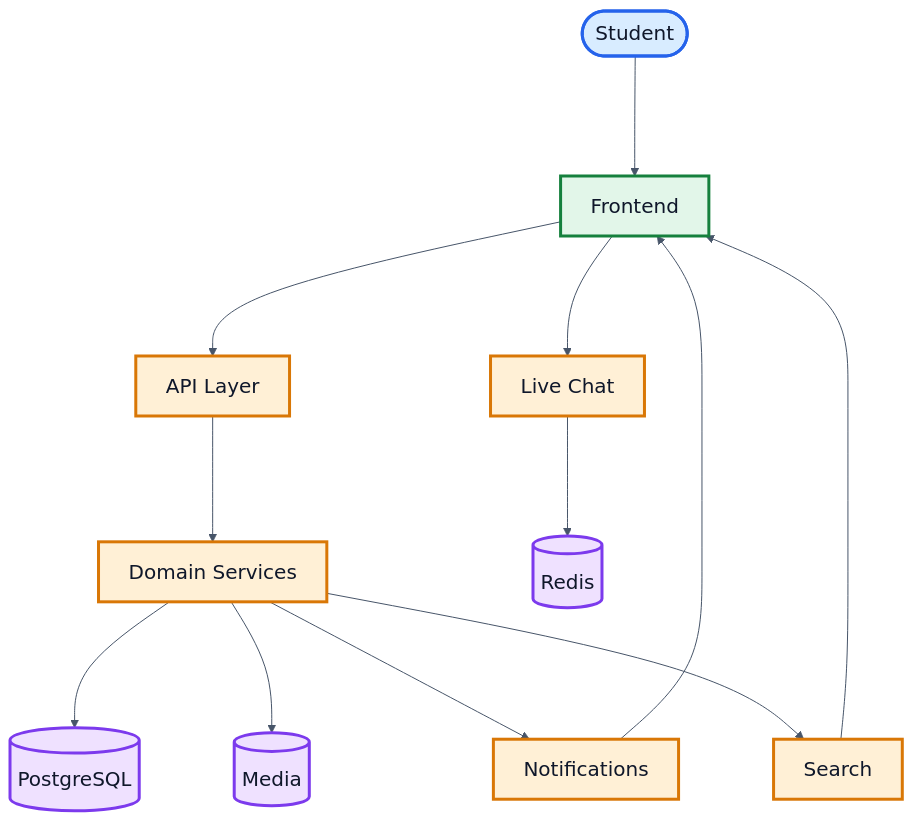
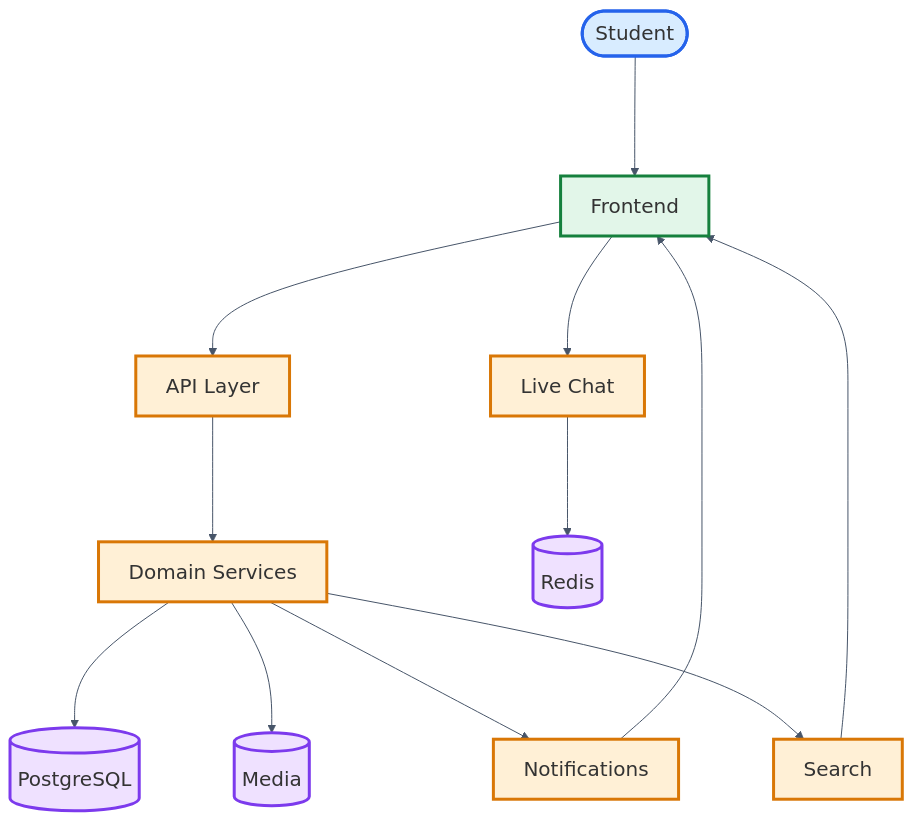
The first of 3 diagrams in README.md (asef69/Core-BUETian--Your-BUETian-Social-Media-App), drawn with Mermaid before and after one commit. The commit also changed other lines of this file, not shown here.

Commit message:
final code push from Asef,may Allah grant us reward for the hardwork we have done for the past 3 months for the project

````diff
--- a/README.md
+++ b/README.md
@@ -32,25 +32,25 @@
 ```mermaid
-%%{init: {'theme':'base', 'flowchart': {'curve': 'basis', 'nodeSpacing': 95, 'rankSpacing': 120}, 'themeVariables': { 'fontFamily': 'Segoe UI, Inter, sans-serif', 'fontSize': '20px', 'primaryTextColor': '#0F172A', 'textColor': '#0F172A', 'lineColor': '#475569', 'background': '#ffffff' }}}%%
+%%{init: {'theme':'base', 'flowchart': {'curve': 'basis', 'nodeSpacing': 95, 'rankSpacing': 120}, 'themeVariables': { 'fontFamily': 'Segoe UI, Inter, sans-serif', 'fontSize': '20px', 'lineColor': '#475569', 'background': 'transparent' }}}%%
 flowchart TD
     U([Student]) --> FE[Frontend]
     FE --> API[API Layer]
     FE --> WS[Live Chat]
     API --> SRV[Domain Services]
     SRV --> DB[(PostgreSQL)]
     WS --> REDIS[(Redis)]
     SRV --> MEDIA[(Media)]
     SRV --> NOTIF[Notifications]
     SRV --> SEARCH[Search]
     NOTIF --> FE
     SEARCH --> FE
 
-    classDef user fill:#D8ECFF,stroke:#2563EB,stroke-width:3px,color:#0F172A;
-    classDef client fill:#E2F6E9,stroke:#15803D,stroke-width:3px,color:#0F172A;
-    classDef platform fill:#FFF0D6,stroke:#D97706,stroke-width:3px,color:#0F172A;
-    classDef data fill:#EFE1FF,stroke:#7C3AED,stroke-width:3px,color:#0F172A;
+    classDef user fill:#D8ECFF,stroke:#2563EB,stroke-width:3px;
+    classDef client fill:#E2F6E9,stroke:#15803D,stroke-width:3px;
+    classDef platform fill:#FFF0D6,stroke:#D97706,stroke-width:3px;
+    classDef data fill:#EFE1FF,stroke:#7C3AED,stroke-width:3px;
 
     class U user;
     class FE client;
     class API,WS,SRV,NOTIF,SEARCH platform;
     class DB,REDIS,MEDIA data;
 ```
````
